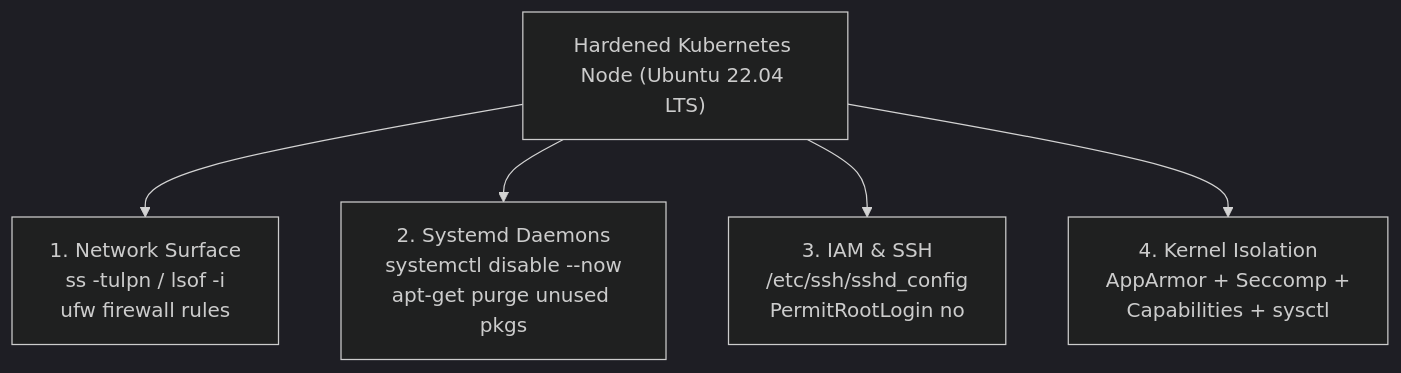
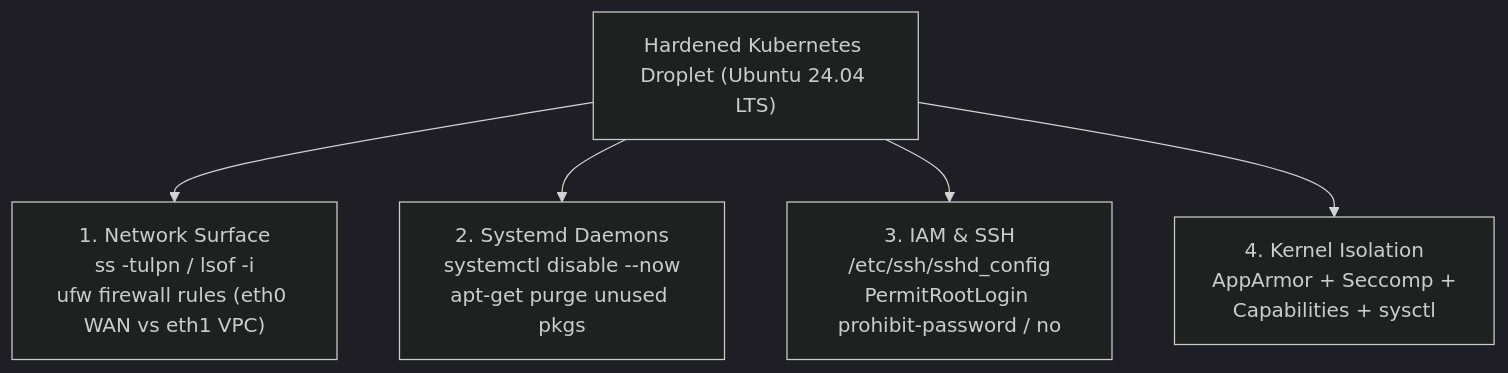
The diagram in Certified_Kubernetes_Security_Specialist/Domain_3_System_Hardening/Study_Guide.md (kendricklawton/technical), drawn with Mermaid (dark theme) before and after one commit. The commit also changed other lines of this file and 16 other files, not shown here.

First line of the commit message:
feat(cka,cks): integrate DigitalOcean Droplets lab architecture and domain workflows

````diff
--- a/Certified_Kubernetes_Security_Specialist/Domain_3_System_Hardening/Study_Guide.md
+++ b/Certified_Kubernetes_Security_Specialist/Domain_3_System_Hardening/Study_Guide.md
@@ -13,13 +13,13 @@
 ```mermaid
 flowchart TD
-    Host["Hardened Kubernetes Node (Ubuntu 22.04 LTS)"]
-    Ports["1. Network Surface<br>ss -tulpn / lsof -i<br>ufw firewall rules"]
+    Host["Hardened Kubernetes Droplet (Ubuntu 24.04 LTS)"]
+    Ports["1. Network Surface<br>ss -tulpn / lsof -i<br>ufw firewall rules (eth0 WAN vs eth1 VPC)"]
     Services["2. Systemd Daemons<br>systemctl disable --now<br>apt-get purge unused pkgs"]
-    SSH["3. IAM & SSH<br>/etc/ssh/sshd_config<br>PermitRootLogin no"]
+    SSH["3. IAM & SSH<br>/etc/ssh/sshd_config<br>PermitRootLogin prohibit-password / no"]
     Kernel["4. Kernel Isolation<br>AppArmor + Seccomp +<br>Capabilities + sysctl"]
 
     Host --> Ports
     Host --> Services
     Host --> SSH
     Host --> Kernel
 ```
````
